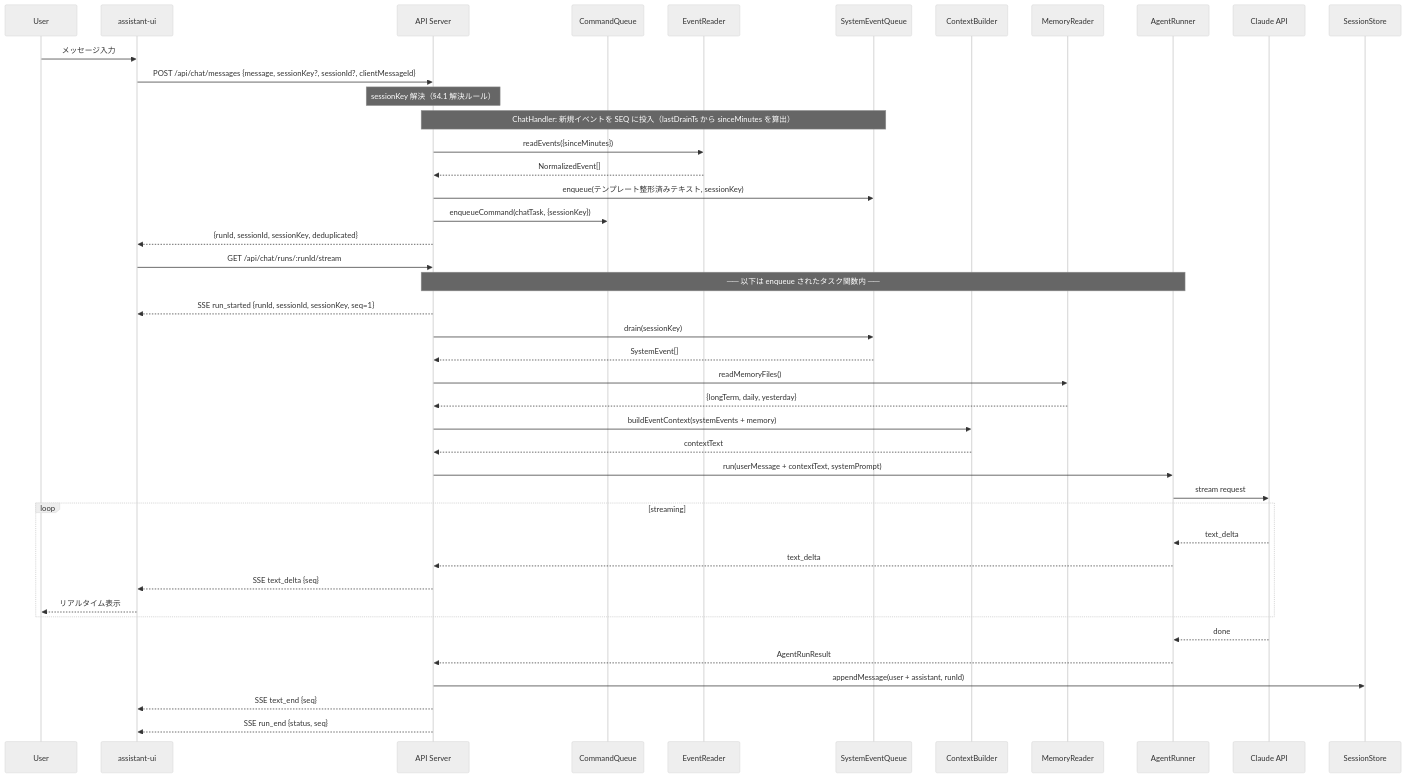
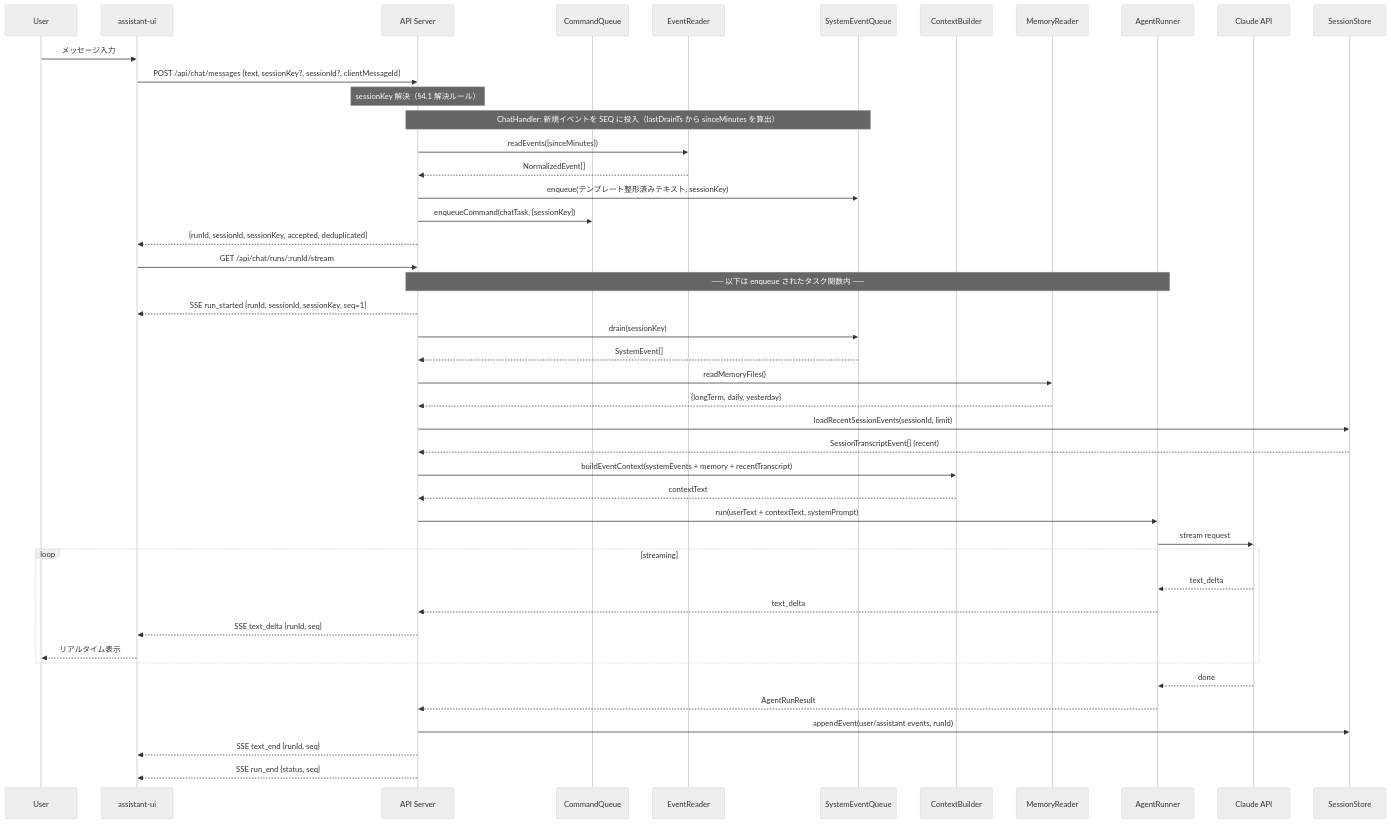
Before and after one commit to masahide/adjutant: the third of 5 diagrams in doc/plan/260214-s01-ai-assistant-mvp.md, drawn with Mermaid (neutral theme). The commit also changed other lines of this file and 4 other files, not shown here.

````diff
--- a/doc/plan/260214-s01-ai-assistant-mvp.md
+++ b/doc/plan/260214-s01-ai-assistant-mvp.md
@@ -1015,50 +1058,52 @@
 ```mermaid
 sequenceDiagram
     participant User
     participant UI as assistant-ui
     participant API as API Server
     participant CQ as CommandQueue
     participant ER as EventReader
     participant SEQ as SystemEventQueue
     participant CB as ContextBuilder
     participant MR as MemoryReader
     participant AR as AgentRunner
     participant LLM as Claude API
     participant SS as SessionStore
 
     User->>UI: メッセージ入力
-    UI->>API: POST /api/chat/messages {message, sessionKey?, sessionId?, clientMessageId}
+    UI->>API: POST /api/chat/messages {text, sessionKey?, sessionId?, clientMessageId}
 
     Note over API: sessionKey 解決（§4.1 解決ルール）
     Note over API,SEQ: ChatHandler: 新規イベントを SEQ に投入（lastDrainTs から sinceMinutes を算出）
     API->>ER: readEvents({sinceMinutes})
     ER-->>API: NormalizedEvent[]
     API->>SEQ: enqueue(テンプレート整形済みテキスト, sessionKey)
 
     API->>CQ: enqueueCommand(chatTask, {sessionKey})
-    API-->>UI: {runId, sessionId, sessionKey, deduplicated}
+    API-->>UI: {runId, sessionId, sessionKey, accepted, deduplicated}
     UI->>API: GET /api/chat/runs/:runId/stream
 
     Note over API,AR: ── 以下は enqueue されたタスク関数内 ──
 
     API-->>UI: SSE run_started {runId, sessionId, sessionKey, seq=1}
     API->>SEQ: drain(sessionKey)
     SEQ-->>API: SystemEvent[]
     API->>MR: readMemoryFiles()
     MR-->>API: {longTerm, daily, yesterday}
-    API->>CB: buildEventContext(systemEvents + memory)
+    API->>SS: loadRecentSessionEvents(sessionId, limit)
+    SS-->>API: SessionTranscriptEvent[] (recent)
+    API->>CB: buildEventContext(systemEvents + memory + recentTranscript)
     CB-->>API: contextText
-    API->>AR: run(userMessage + contextText, systemPrompt)
+    API->>AR: run(userText + contextText, systemPrompt)
     AR->>LLM: stream request
     loop streaming
         LLM-->>AR: text_delta
         AR-->>API: text_delta
-        API-->>UI: SSE text_delta {seq}
+        API-->>UI: SSE text_delta {runId, seq}
         UI-->>User: リアルタイム表示
     end
     LLM-->>AR: done
     AR-->>API: AgentRunResult
-    API->>SS: appendMessage(user + assistant, runId)
-    API-->>UI: SSE text_end {seq}
+    API->>SS: appendEvent(user/assistant events, runId)
+    API-->>UI: SSE text_end {runId, seq}
     API-->>UI: SSE run_end {status, seq}
 ```
````
